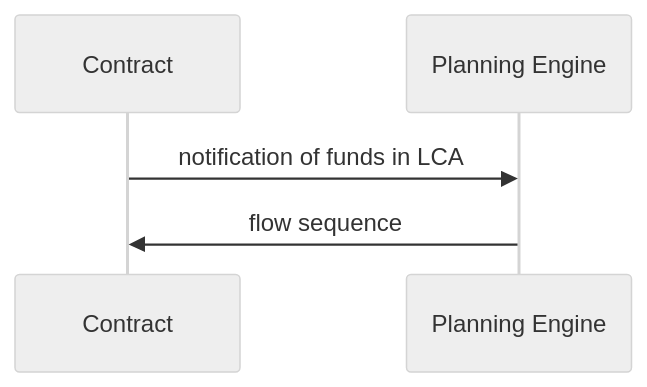
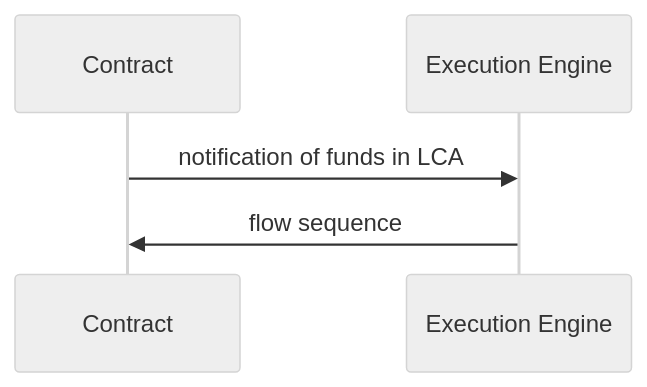
One commit to Agoric/agoric-sdk changed the fifth of 8 diagrams in packages/portfolio-contract/DESIGN-MVP.md. Above: the diagram before and after it, drawn with Mermaid (neutral theme). The commit also changed other lines of this file, not shown here.

Commit message:
docs(portfolio-contract): add an example sequence for token movement

````diff
--- a/packages/portfolio-contract/DESIGN-MVP.md
+++ b/packages/portfolio-contract/DESIGN-MVP.md
@@ -64,5 +64,5 @@
 ```mermaid
 sequenceDiagram
-  Contract ->> Planning Engine: notification of funds in LCA
-  Planning Engine ->> Contract: flow sequence
+  Contract ->> Execution Engine: notification of funds in LCA
+  Execution Engine ->> Contract: flow sequence
 ```
````
